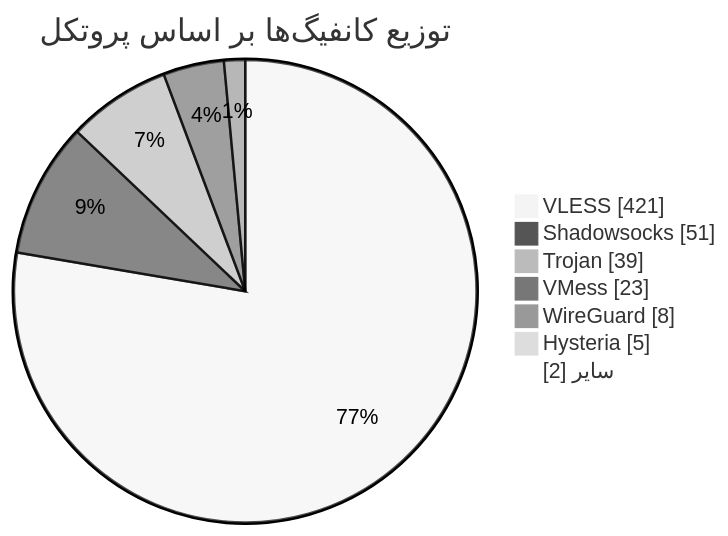
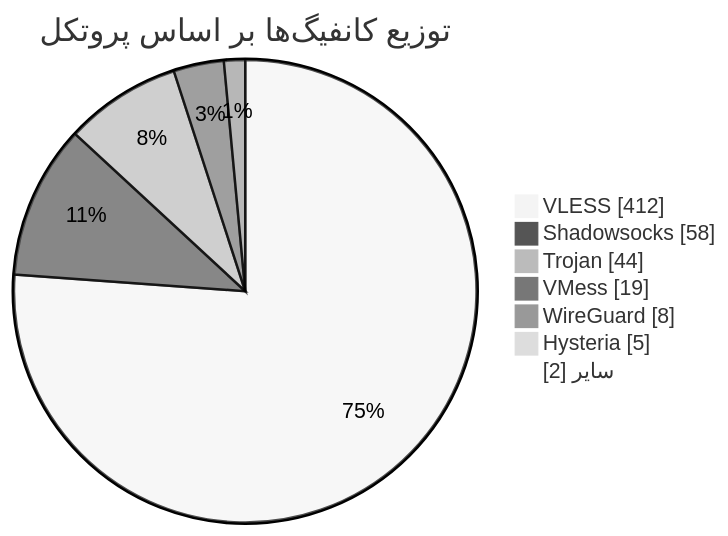
Before and after one commit to Arian-Alijani/Somthing: the diagram in README.md, drawn with Mermaid (neutral theme). The commit also changed other lines of this file and 87 other files, not shown here.

````diff
--- a/README.md
+++ b/README.md
@@ -49,11 +49,11 @@
 ```mermaid
 pie showData
     title توزیع کانفیگ‌ها بر اساس پروتکل
-    "VLESS" : 421
-    "Shadowsocks" : 51
-    "Trojan" : 39
-    "VMess" : 23
+    "VLESS" : 412
+    "Shadowsocks" : 58
+    "Trojan" : 44
+    "VMess" : 19
     "WireGuard" : 8
     "Hysteria" : 5
     "سایر" : 2
 ```
````
